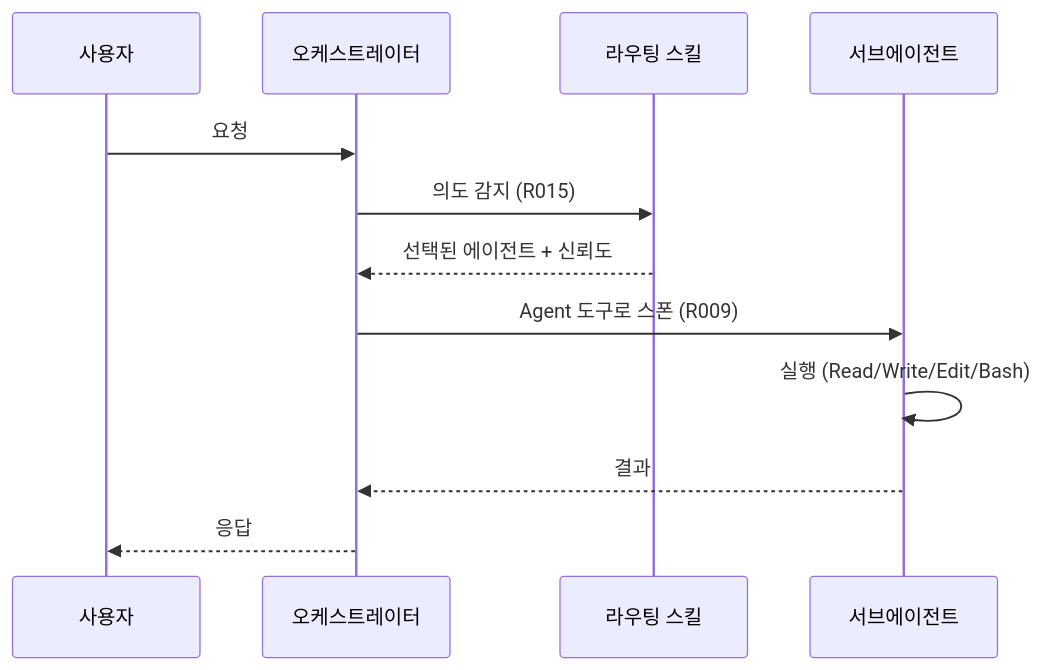
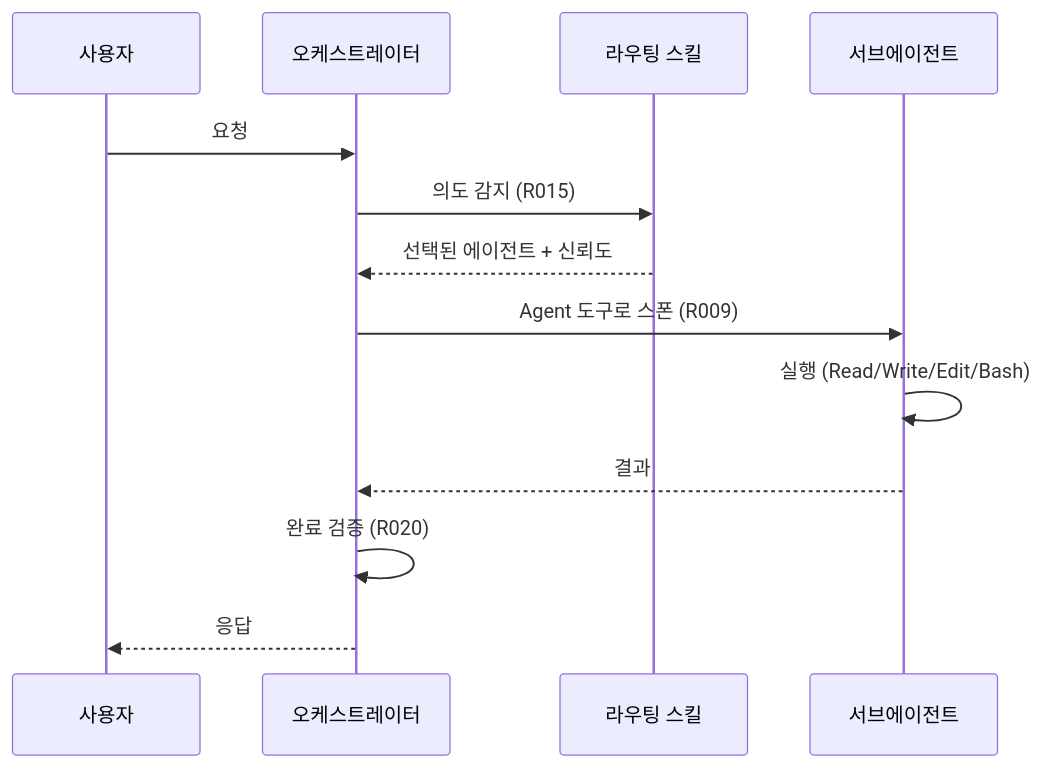
The second of 7 diagrams in ARCHITECTURE_ko.md (baekenough/oh-my-customcode), drawn with Mermaid before and after one commit. The commit also changed other lines of this file and 5 other files, not shown here.

First line of the commit message:
docs: rewrite README and ARCHITECTURE for v0.36.1

````diff
--- a/ARCHITECTURE_ko.md
+++ b/ARCHITECTURE_ko.md
@@ -149,15 +163,16 @@
 ```mermaid
 sequenceDiagram
     participant U as 사용자
     participant O as 오케스트레이터
     participant RS as 라우팅 스킬
     participant SA as 서브에이전트
 
     U->>O: 요청
     O->>RS: 의도 감지 (R015)
     RS-->>O: 선택된 에이전트 + 신뢰도
     O->>SA: Agent 도구로 스폰 (R009)
     SA->>SA: 실행 (Read/Write/Edit/Bash)
     SA-->>O: 결과
+    O->>O: 완료 검증 (R020)
     O-->>U: 응답
 ```
````
